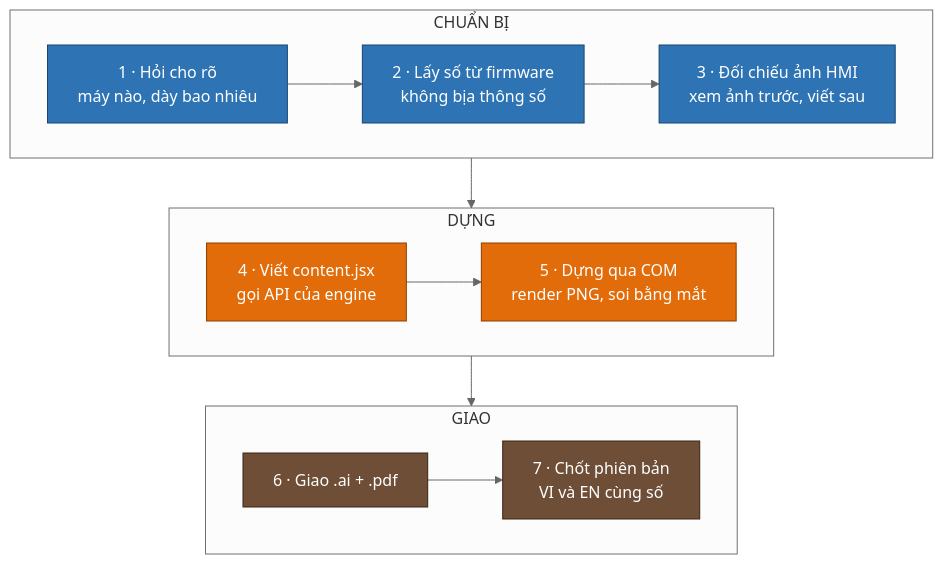
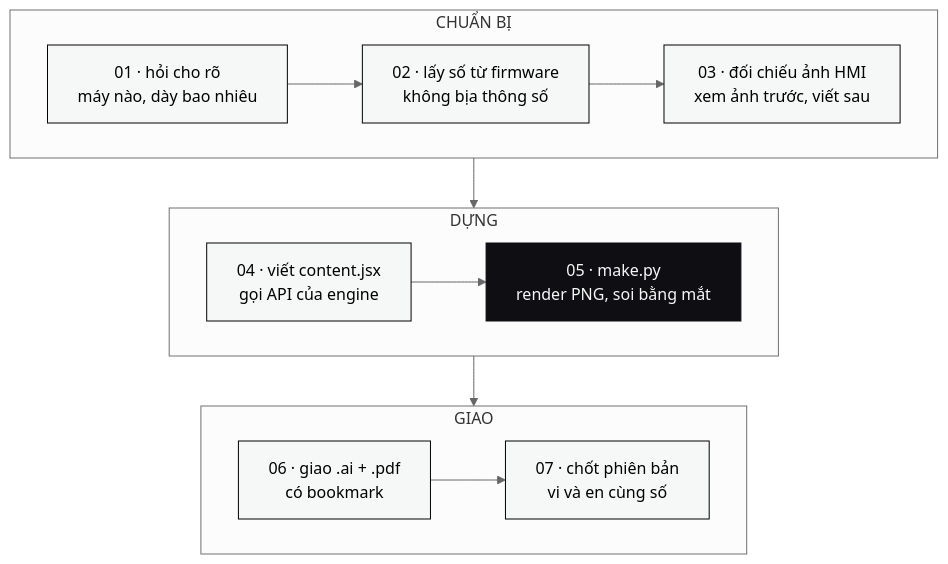
Before and after one commit to TCL-DA/otl-manual-builder: the diagram in README.md, drawn with Mermaid (neutral theme). The commit also changed other lines of this file and 9 other files, not shown here.

First line of the commit message:
feat: v1.2.0 — make.py mot lenh, bookmark.py, engine moi + README theo he teenage engineering

````diff
--- a/README.md
+++ b/README.md
@@ -59,23 +176,21 @@
 ```mermaid
 flowchart TB
     subgraph S1["CHUẨN BỊ"]
         direction LR
-        A["1 · Hỏi cho rõ<br/>máy nào, dày bao nhiêu"] --> B["2 · Lấy số từ firmware<br/>không bịa thông số"] --> C["3 · Đối chiếu ảnh HMI<br/>xem ảnh trước, viết sau"]
+        A["01 · hỏi cho rõ<br/>máy nào, dày bao nhiêu"] --> B["02 · lấy số từ firmware<br/>không bịa thông số"] --> C["03 · đối chiếu ảnh HMI<br/>xem ảnh trước, viết sau"]
     end
     subgraph S2["DỰNG"]
         direction LR
-        D["4 · Viết content.jsx<br/>gọi API của engine"] --> E["5 · Dựng qua COM<br/>render PNG, soi bằng mắt"]
+        D["04 · viết content.jsx<br/>gọi API của engine"] --> E["05 · make.py<br/>render PNG, soi bằng mắt"]
     end
     subgraph S3["GIAO"]
         direction LR
-        F["6 · Giao .ai + .pdf"] --> G["7 · Chốt phiên bản<br/>VI và EN cùng số"]
+        F["06 · giao .ai + .pdf<br/>có bookmark"] --> G["07 · chốt phiên bản<br/>vi và en cùng số"]
     end
     S1 --> S2 --> S3
 
-    classDef hot  fill:#E26C0A,stroke:#8A3F00,color:#fff,stroke-width:1px
-    classDef cool fill:#2E74B5,stroke:#17456F,color:#fff,stroke-width:1px
-    classDef bean fill:#6F4E37,stroke:#3E2317,color:#fff,stroke-width:1px
-    class A,B,C cool
-    class D,E hot
-    class F,G bean
+    classDef pale fill:#f6f8f7,stroke:#000000,color:#000000,stroke-width:1px
+    classDef dark fill:#0f0e12,stroke:#0f0e12,color:#f6f8f7,stroke-width:1px
+    class A,B,C,D,F,G pale
+    class E dark
 ```
````
